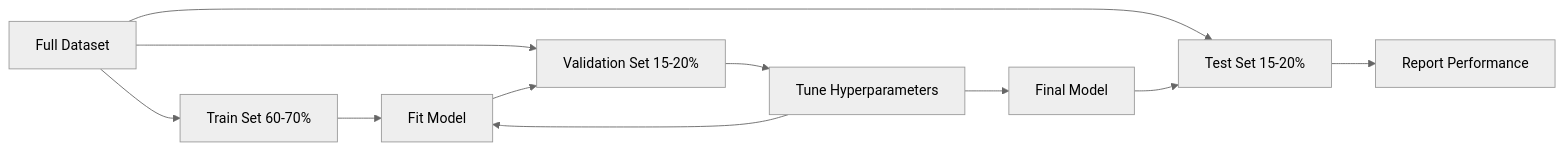
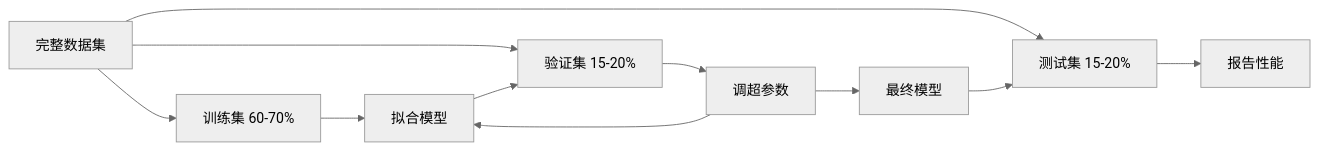
Before and after one commit to JerryC8080/ai-engineering-from-scratch-zh: the first of 2 diagrams in phases/02-ml-fundamentals/09-model-evaluation/docs/zh.md, drawn with Mermaid (neutral theme). The commit also changed other lines of this file and 156 other files, not shown here.

First line of the commit message:
i18n(zh): translate mermaid diagram labels in 157 lesson zh.md

````diff
--- a/phases/02-ml-fundamentals/09-model-evaluation/docs/zh.md
+++ b/phases/02-ml-fundamentals/09-model-evaluation/docs/zh.md
@@ -31,13 +31,13 @@
 ```mermaid
 flowchart LR
-    A[Full Dataset] --> B[Train Set 60-70%]
-    A --> C[Validation Set 15-20%]
-    A --> D[Test Set 15-20%]
-    B --> E[Fit Model]
+    A[完整数据集] --> B[训练集 60-70%]
+    A --> C[验证集 15-20%]
+    A --> D[测试集 15-20%]
+    B --> E[拟合模型]
     E --> C
-    C --> F[Tune Hyperparameters]
+    C --> F[调超参数]
     F --> E
-    F --> G[Final Model]
+    F --> G[最终模型]
     G --> D
-    D --> H[Report Performance]
+    D --> H[报告性能]
 ```
````
